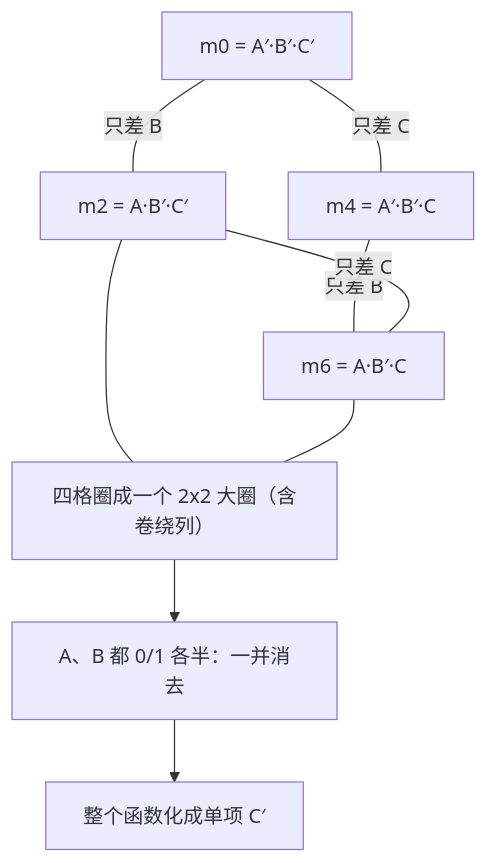
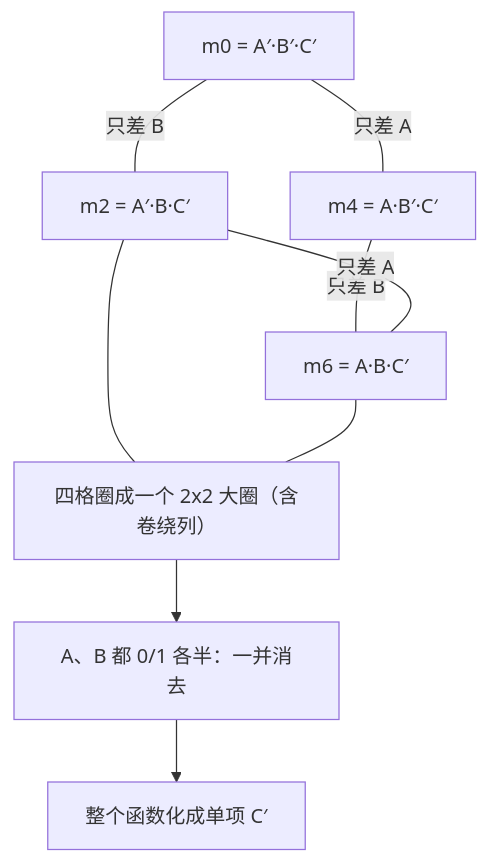
One commit to xhongduo-tech/xhongduo-tech.github.io changed the second of 2 diagrams in docs/cs/karnaugh-map.md. Above: the diagram before and after it, drawn with Mermaid. The commit also changed 7 other files, not shown here.

Commit message:
Content review cs-231: the Karnaugh group's minterms match C-prime with edges differing in A, the inclusion-exclusion count is two-to-the-n minus one, and ten stale next-lesson pointers across the discrete unit match the current sequence.

````diff
--- a/docs/cs/karnaugh-map.md
+++ b/docs/cs/karnaugh-map.md
@@ -50,11 +50,11 @@
 ```mermaid
 flowchart TD
-  M0["m0 = A′·B′·C′"] ---|"只差 B"| M2["m2 = A·B′·C′"]
-  M4["m4 = A′·B′·C"] ---|"只差 B"| M6["m6 = A·B′·C"]
-  M0 ---|"只差 C"| M4
-  M2 ---|"只差 C"| M6
+  M0["m0 = A′·B′·C′"] ---|"只差 B"| M2["m2 = A′·B·C′"]
+  M4["m4 = A·B′·C′"] ---|"只差 B"| M6["m6 = A·B·C′"]
+  M0 ---|"只差 A"| M4
+  M2 ---|"只差 A"| M6
   M2 --- GC["四格圈成一个 2x2 大圈（含卷绕列）"]
   M6 --- GC
   GC --> E["A、B 都 0/1 各半：一并消去"]
   E --> R["整个函数化成单项 C′"]
 ```
````
